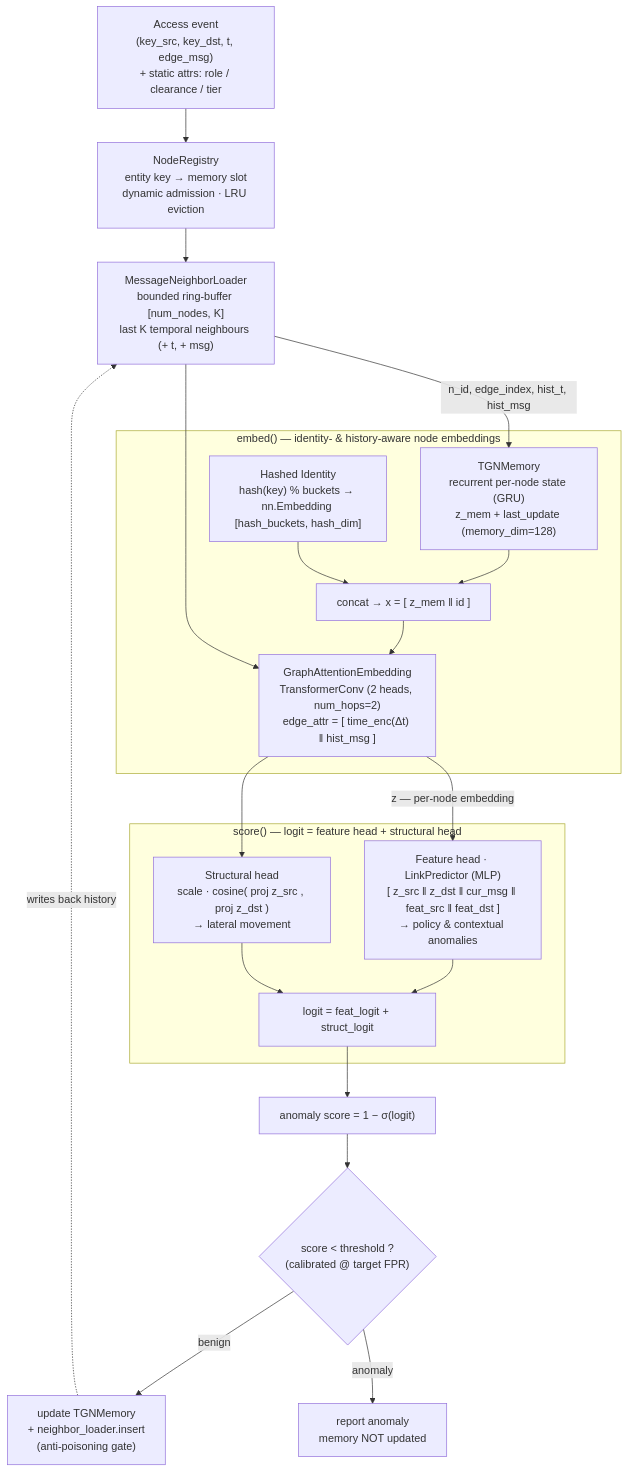
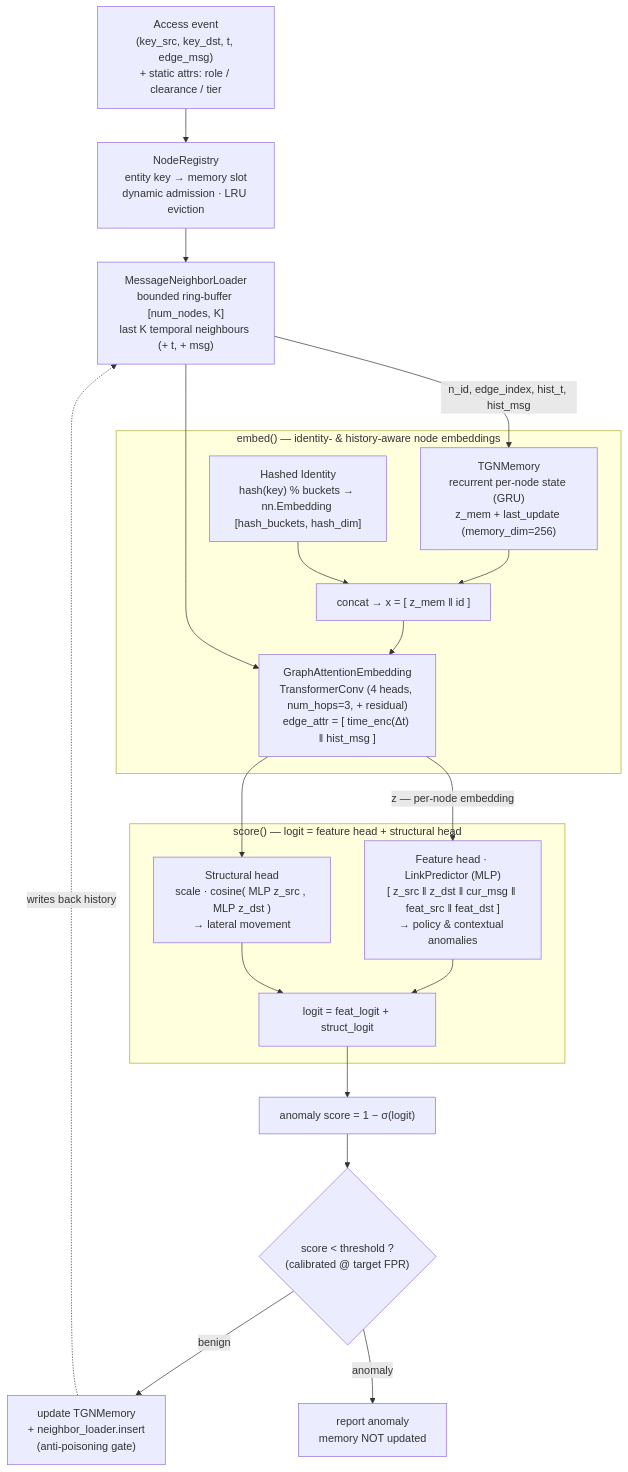
Before and after one commit to DDoS-Fury/Papergate: the diagram in README.md, drawn with Mermaid. The commit also changed other lines of this file, not shown here.

Commit message:
new graphy

````diff
--- a/README.md
+++ b/README.md
@@ -53,35 +53,35 @@
 ```mermaid
 flowchart TD
     EV["Access event<br/>(key_src, key_dst, t, edge_msg)<br/>+ static attrs: role / clearance / tier"]
     REG["NodeRegistry<br/>entity key → memory slot<br/>dynamic admission · LRU eviction"]
     NL["MessageNeighborLoader<br/>bounded ring-buffer [num_nodes, K]<br/>last K temporal neighbours (+ t, + msg)"]
     EV --> REG --> NL
 
     subgraph EMB["embed() — identity- & history-aware node embeddings"]
-        MEM["TGNMemory<br/>recurrent per-node state (GRU)<br/>z_mem + last_update (memory_dim=128)"]
+        MEM["TGNMemory<br/>recurrent per-node state (GRU)<br/>z_mem + last_update (memory_dim=256)"]
         ID["Hashed Identity<br/>hash(key) % buckets → nn.Embedding [hash_buckets, hash_dim]"]
         CAT["concat → x = [ z_mem ‖ id ]"]
-        GNN["GraphAttentionEmbedding<br/>TransformerConv (2 heads, num_hops=2)<br/>edge_attr = [ time_enc(Δt) ‖ hist_msg ]"]
+        GNN["GraphAttentionEmbedding<br/>TransformerConv (4 heads, num_hops=3, + residual)<br/>edge_attr = [ time_enc(Δt) ‖ hist_msg ]"]
         MEM --> CAT
         ID --> CAT
         CAT --> GNN
     end
     NL -->|"n_id, edge_index, hist_t, hist_msg"| MEM
     NL --> GNN
 
     subgraph SCOREG["score() — logit = feature head + structural head"]
         FEAT["Feature head · LinkPredictor (MLP)<br/>[ z_src ‖ z_dst ‖ cur_msg ‖ feat_src ‖ feat_dst ]<br/>→ policy & contextual anomalies"]
-        STR["Structural head<br/>scale · cosine( proj z_src , proj z_dst )<br/>→ lateral movement"]
+        STR["Structural head<br/>scale · cosine( MLP z_src , MLP z_dst )<br/>→ lateral movement"]
         SUM["logit = feat_logit + struct_logit"]
         FEAT --> SUM
         STR --> SUM
     end
 
     GNN -->|"z — per-node embedding"| FEAT
     GNN --> STR
     SUM --> SCO["anomaly score = 1 − σ(logit)"]
     SCO --> GATE{"score &lt; threshold ?<br/>(calibrated @ target FPR)"}
     GATE -->|benign| UPD["update TGNMemory<br/>+ neighbor_loader.insert<br/>(anti-poisoning gate)"]
     GATE -->|anomaly| REP["report anomaly<br/>memory NOT updated"]
     UPD -.->|writes back history| NL
 ```
````
